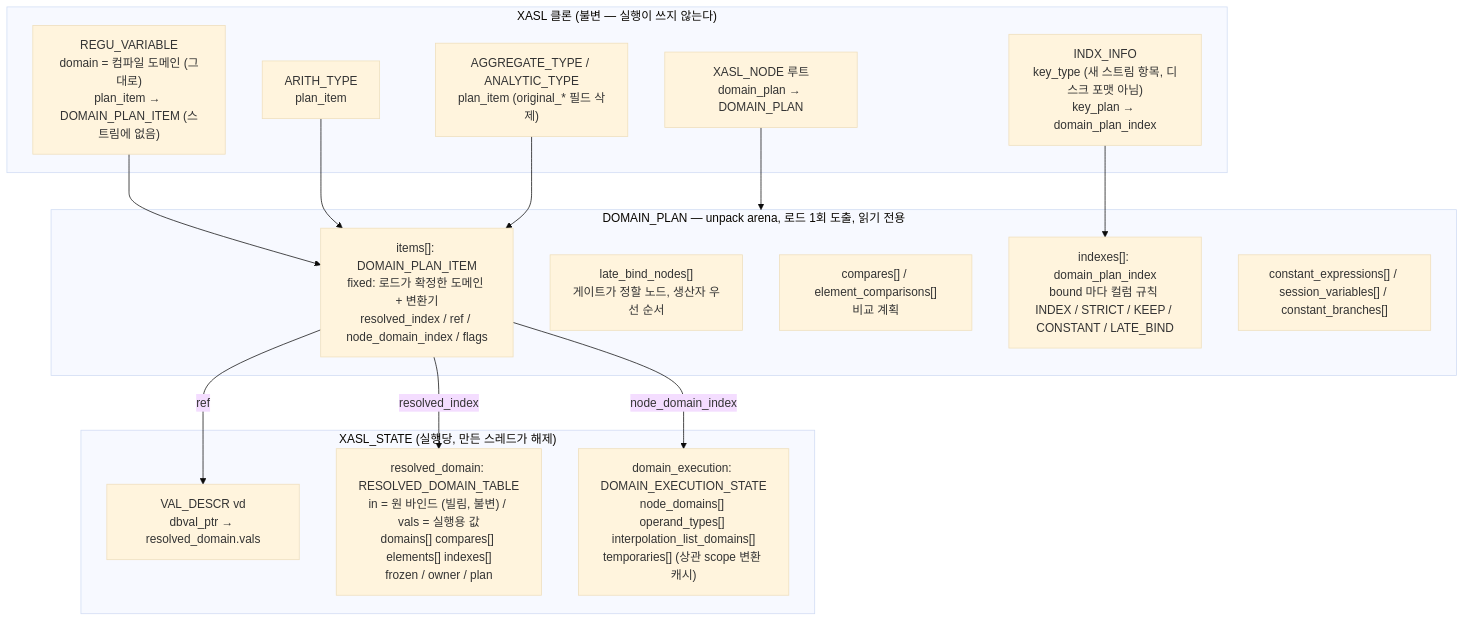
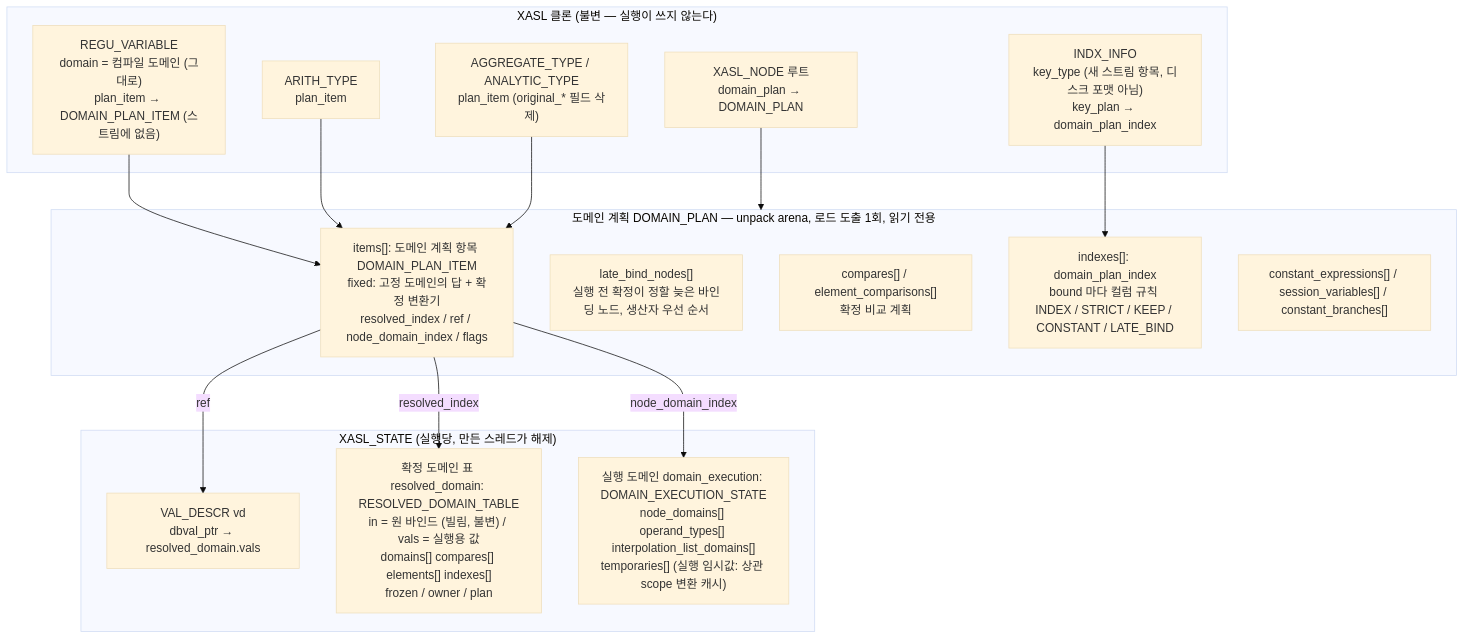
One commit to xmilex-git/workspace changed the sixth of 20 diagrams in docs/research/pr8022-architecture-diagrams.md. Above: the diagram before and after it, drawn with Mermaid (base theme). The commit also changed other lines of this file, not shown here.

First line of the commit message:
docs: PR 8022 diagrams in the CONTEXT.md vocabulary

````diff
--- a/docs/research/pr8022-architecture-diagrams.md
+++ b/docs/research/pr8022-architecture-diagrams.md
@@ -156,30 +156,30 @@
 ```mermaid
 flowchart TB
   subgraph CLONE["XASL 클론 (불변 — 실행이 쓰지 않는다)"]
     R["REGU_VARIABLE<br/>domain = 컴파일 도메인 (그대로)<br/>plan_item → DOMAIN_PLAN_ITEM (스트림에 없음)"]
     A["ARITH_TYPE<br/>plan_item"]
     AG["AGGREGATE_TYPE / ANALYTIC_TYPE<br/>plan_item (original_* 필드 삭제)"]
     IX["INDX_INFO<br/>key_type (새 스트림 항목, 디스크 포맷 아님)<br/>key_plan → domain_plan_index"]
     ROOT["XASL_NODE 루트<br/>domain_plan → DOMAIN_PLAN"]
   end
-  subgraph PLAN["DOMAIN_PLAN — unpack arena, 로드 1회 도출, 읽기 전용"]
-    IT["items[]: DOMAIN_PLAN_ITEM<br/>fixed: 로드가 확정한 도메인 + 변환기<br/>resolved_index / ref / node_domain_index / flags"]
-    LB["late_bind_nodes[]<br/>게이트가 정할 노드, 생산자 우선 순서"]
-    CP["compares[] / element_comparisons[]<br/>비교 계획"]
+  subgraph PLAN["도메인 계획 DOMAIN_PLAN — unpack arena, 로드 도출 1회, 읽기 전용"]
+    IT["items[]: 도메인 계획 항목 DOMAIN_PLAN_ITEM<br/>fixed: 고정 도메인의 답 + 확정 변환기<br/>resolved_index / ref / node_domain_index / flags"]
+    LB["late_bind_nodes[]<br/>실행 전 확정이 정할 늦은 바인딩 노드, 생산자 우선 순서"]
+    CP["compares[] / element_comparisons[]<br/>확정 비교 계획"]
     KI["indexes[]: domain_plan_index<br/>bound 마다 컬럼 규칙 INDEX / STRICT / KEEP / CONSTANT / LATE_BIND"]
     CE["constant_expressions[] / session_variables[] / constant_branches[]"]
   end
   subgraph ST["XASL_STATE (실행당, 만든 스레드가 해제)"]
     VD["VAL_DESCR vd<br/>dbval_ptr → resolved_domain.vals"]
-    RD["resolved_domain: RESOLVED_DOMAIN_TABLE<br/>in = 원 바인드 (빌림, 불변) / vals = 실행용 값<br/>domains[] compares[] elements[] indexes[]<br/>frozen / owner / plan"]
-    DE["domain_execution: DOMAIN_EXECUTION_STATE<br/>node_domains[] operand_types[] interpolation_list_domains[]<br/>temporaries[] (상관 scope 변환 캐시)"]
+    RD["확정 도메인 표 resolved_domain: RESOLVED_DOMAIN_TABLE<br/>in = 원 바인드 (빌림, 불변) / vals = 실행용 값<br/>domains[] compares[] elements[] indexes[]<br/>frozen / owner / plan"]
+    DE["실행 도메인 domain_execution: DOMAIN_EXECUTION_STATE<br/>node_domains[] operand_types[] interpolation_list_domains[]<br/>temporaries[] (실행 임시값: 상관 scope 변환 캐시)"]
   end
   R --> IT
   A --> IT
   AG --> IT
   IX --> KI
   ROOT --> PLAN
   IT -- "resolved_index" --> RD
   IT -- "node_domain_index" --> DE
   IT -- "ref" --> VD
 ```
````
